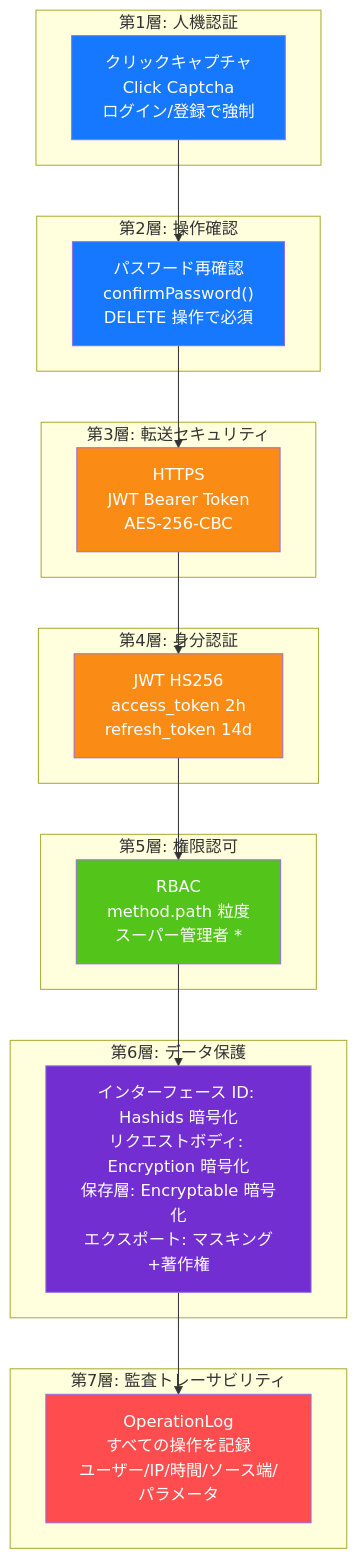
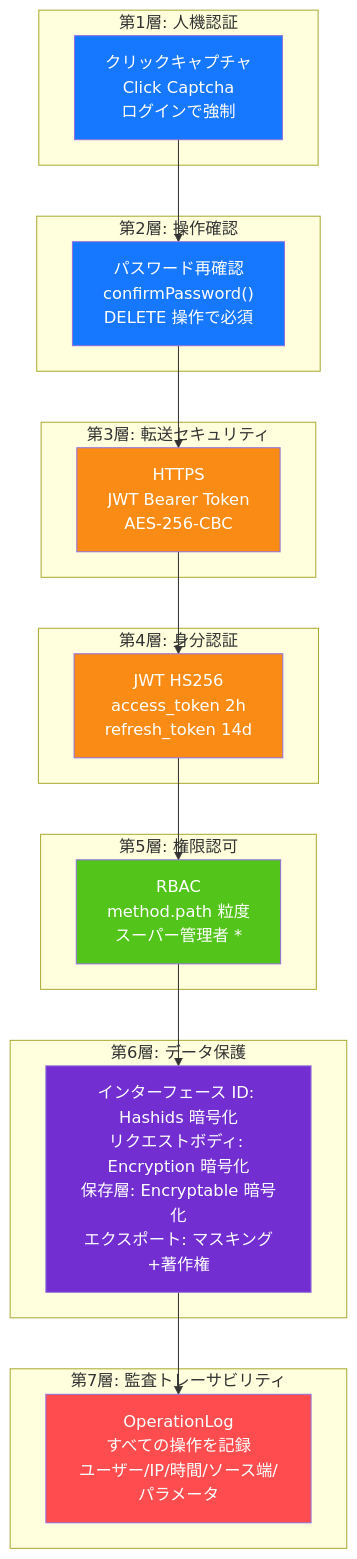
Diagram 13 of 14 in docs/ARCHITECTURE.ja.md (erikwang2013/open-admin), drawn with Mermaid before and after one commit. The commit also changed other lines of this file and 115 other files, not shown here.

First line of the commit message:
功能：新增项目宠物「小安」、站点首页与手写 SVG 设计图集；全部文档对齐代码

````diff
--- a/docs/ARCHITECTURE.ja.md
+++ b/docs/ARCHITECTURE.ja.md
@@ -607,40 +600,40 @@
 ```mermaid
 flowchart TB
     subgraph "第1層: 人機認証"
-        L1["クリックキャプチャ<br/>Click Captcha<br/>ログイン/登録で強制"]
+        L1["クリックキャプチャ<br/>Click Captcha<br/>ログインで強制"]
     end
 
     subgraph "第2層: 操作確認"
         L2["パスワード再確認<br/>confirmPassword()<br/>DELETE 操作で必須"]
     end
 
     subgraph "第3層: 転送セキュリティ"
         L3["HTTPS<br/>JWT Bearer Token<br/>AES-256-CBC"]
     end
 
     subgraph "第4層: 身分認証"
         L4["JWT HS256<br/>access_token 2h<br/>refresh_token 14d"]
     end
 
     subgraph "第5層: 権限認可"
         L5["RBAC<br/>method.path 粒度<br/>スーパー管理者 * "]
     end
 
     subgraph "第6層: データ保護"
         L6["インターフェース ID: Hashids 暗号化<br/>リクエストボディ: Encryption 暗号化<br/>保存層: Encryptable 暗号化<br/>エクスポート: マスキング+著作権"]
     end
 
     subgraph "第7層: 監査トレーサビリティ"
         L7["OperationLog<br/>すべての操作を記録<br/>ユーザー/IP/時間/ソース端/パラメータ"]
     end
 
     L1 --> L2 --> L3 --> L4 --> L5 --> L6 --> L7
 
     style L1 fill:#1677FF,color:#fff
     style L2 fill:#1677FF,color:#fff
     style L3 fill:#FA8C16,color:#fff
     style L4 fill:#FA8C16,color:#fff
     style L5 fill:#52C41A,color:#fff
     style L6 fill:#722ED1,color:#fff
     style L7 fill:#FF4D4F,color:#fff
 ```
````
